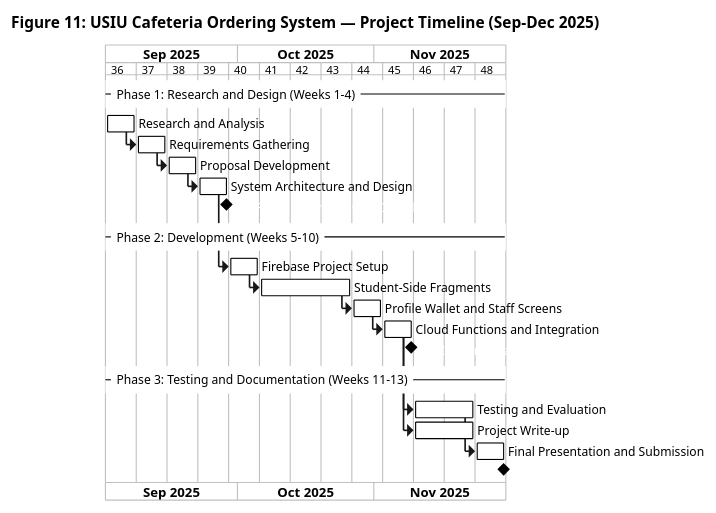
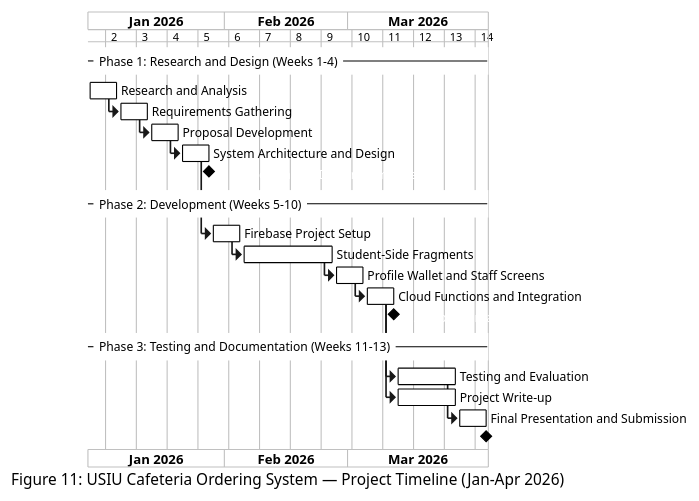
One commit to Musyonchez/beni-2 changed the diagram in pdf-source/figures/ch-4.md. Above: the diagram before and after it, drawn with PlantUML. The commit also changed 30 other files, not shown here.

First line of the commit message:
chore: update figures, add generated PNGs, fix figure follow-up paragraphs

````diff
--- a/pdf-source/figures/ch-4.md
+++ b/pdf-source/figures/ch-4.md
@@ -7,58 +7,58 @@
 ```plantuml
 @startgantt Figure11_GanttChart
 <style>
 ganttDiagram {
   task {
     BackGroundColor white
     LineColor black
     FontColor black
   }
   milestone {
     BackGroundColor black
     FontColor white
     LineColor black
   }
   separator {
     BackGroundColor white
     FontColor black
     LineColor black
   }
 }
 </style>
-title Figure 11: USIU Cafeteria Ordering System — Project Timeline (Sep–Dec 2025)
+caption Figure 11: USIU Cafeteria Ordering System — Project Timeline (Jan–Apr 2026)
 printscale weekly
 
-project starts 2025-09-01
+project starts 2026-01-01
 
 -- Phase 1: Research and Design (Weeks 1-4) --
 [Research and Analysis] lasts 1 week
 [Requirements Gathering] lasts 1 week
 [Requirements Gathering] starts at [Research and Analysis]'s end
 [Proposal Development] lasts 1 week
 [Proposal Development] starts at [Requirements Gathering]'s end
 [System Architecture and Design] lasts 1 week
 [System Architecture and Design] starts at [Proposal Development]'s end
 [M1 Research and Design Complete] happens at [System Architecture and Design]'s end
 
 -- Phase 2: Development (Weeks 5-10) --
 [Firebase Project Setup] lasts 1 week
 [Firebase Project Setup] starts at [System Architecture and Design]'s end
 [Student-Side Fragments] lasts 3 weeks
 [Student-Side Fragments] starts at [Firebase Project Setup]'s end
 [Profile Wallet and Staff Screens] lasts 1 week
 [Profile Wallet and Staff Screens] starts at [Student-Side Fragments]'s end
 [Cloud Functions and Integration] lasts 1 week
 [Cloud Functions and Integration] starts at [Profile Wallet and Staff Screens]'s end
 [M2 Implementation Complete] happens at [Cloud Functions and Integration]'s end
 
 -- Phase 3: Testing and Documentation (Weeks 11-13) --
 [Testing and Evaluation] lasts 2 weeks
 [Testing and Evaluation] starts at [Cloud Functions and Integration]'s end
 [Project Write-up] lasts 2 weeks
 [Project Write-up] starts at [Cloud Functions and Integration]'s end
 [Final Presentation and Submission] lasts 1 week
 [Final Presentation and Submission] starts at [Testing and Evaluation]'s end
 [M3 Project Complete] happens at [Final Presentation and Submission]'s end
 
 @endgantt
 ```
````
